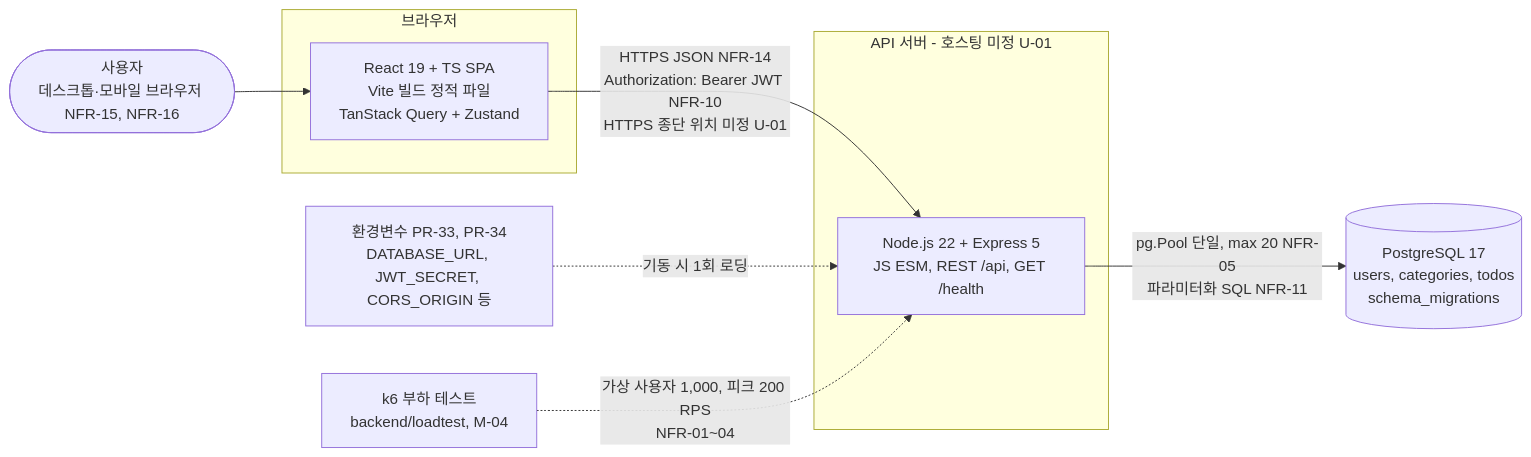
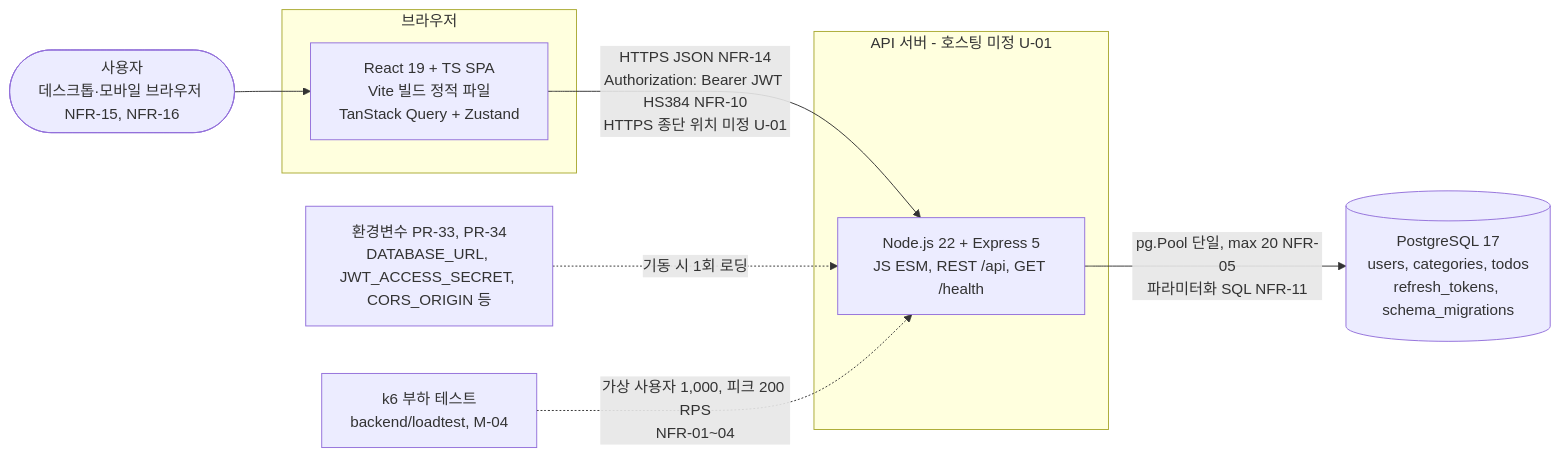
Before and after one commit to chaenamo/todolist-app: the first of 12 diagrams in docs/6-arch-diagram.md, drawn with Mermaid. The commit also changed other lines of this file and 8 other files, not shown here.

First line of the commit message:
docs: ERD·DDL·실행 계획·Swagger 스펙 추가 및 인증 설계(HS384 + refresh token) 반영

````diff
--- a/docs/6-arch-diagram.md
+++ b/docs/6-arch-diagram.md
@@ -40,22 +46,22 @@
 ```mermaid
 flowchart LR
     USER(["사용자<br/>데스크톱·모바일 브라우저 NFR-15, NFR-16"])
 
     subgraph BROWSER["브라우저"]
         SPA["React 19 + TS SPA<br/>Vite 빌드 정적 파일<br/>TanStack Query + Zustand"]
     end
 
     subgraph SERVER["API 서버 - 호스팅 미정 U-01"]
         API["Node.js 22 + Express 5<br/>JS ESM, REST /api, GET /health"]
     end
 
-    DB[("PostgreSQL 17<br/>users, categories, todos<br/>schema_migrations")]
-    ENV["환경변수 PR-33, PR-34<br/>DATABASE_URL, JWT_SECRET, CORS_ORIGIN 등"]
+    DB[("PostgreSQL 17<br/>users, categories, todos<br/>refresh_tokens, schema_migrations")]
+    ENV["환경변수 PR-33, PR-34<br/>DATABASE_URL, JWT_ACCESS_SECRET, CORS_ORIGIN 등"]
     K6["k6 부하 테스트<br/>backend/loadtest, M-04"]
 
     USER --> SPA
-    SPA -->|"HTTPS JSON NFR-14<br/>Authorization: Bearer JWT NFR-10<br/>HTTPS 종단 위치 미정 U-01"| API
+    SPA -->|"HTTPS JSON NFR-14<br/>Authorization: Bearer JWT HS384 NFR-10<br/>HTTPS 종단 위치 미정 U-01"| API
     API -->|"pg.Pool 단일, max 20 NFR-05<br/>파라미터화 SQL NFR-11"| DB
     ENV -.->|"기동 시 1회 로딩"| API
     K6 -.->|"가상 사용자 1,000, 피크 200 RPS<br/>NFR-01~04"| API
 ```
````
